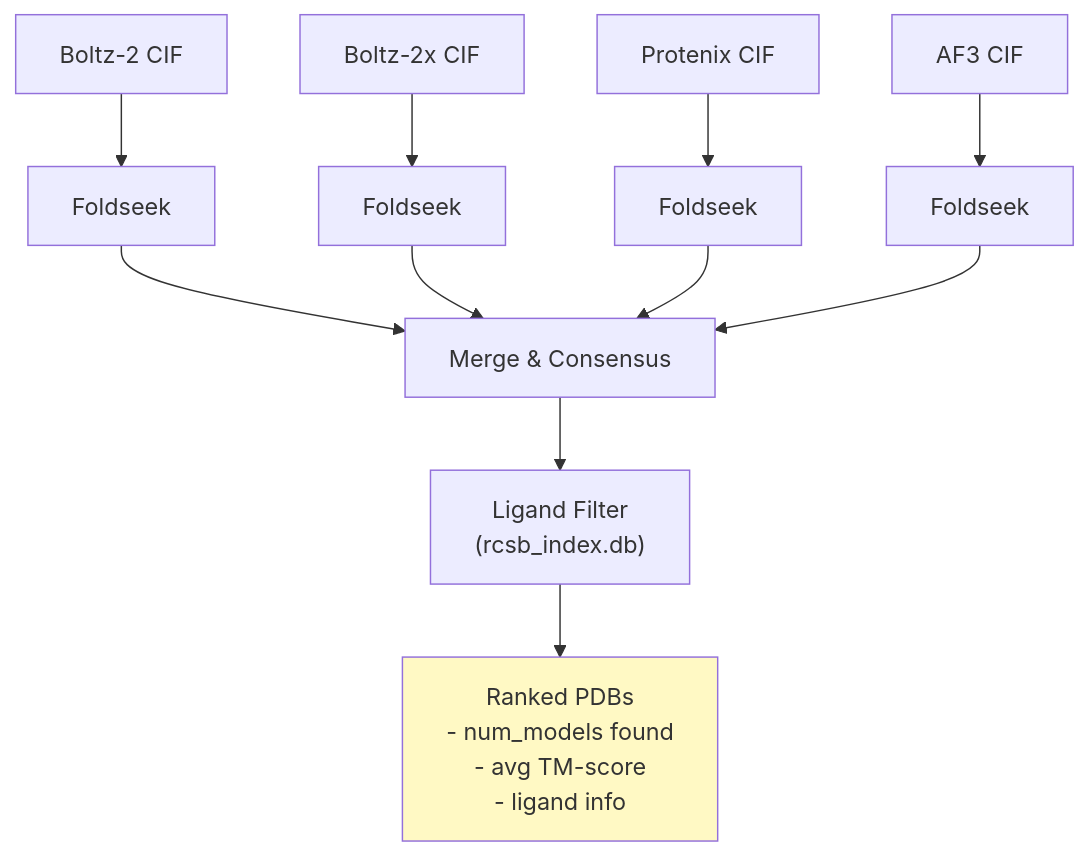
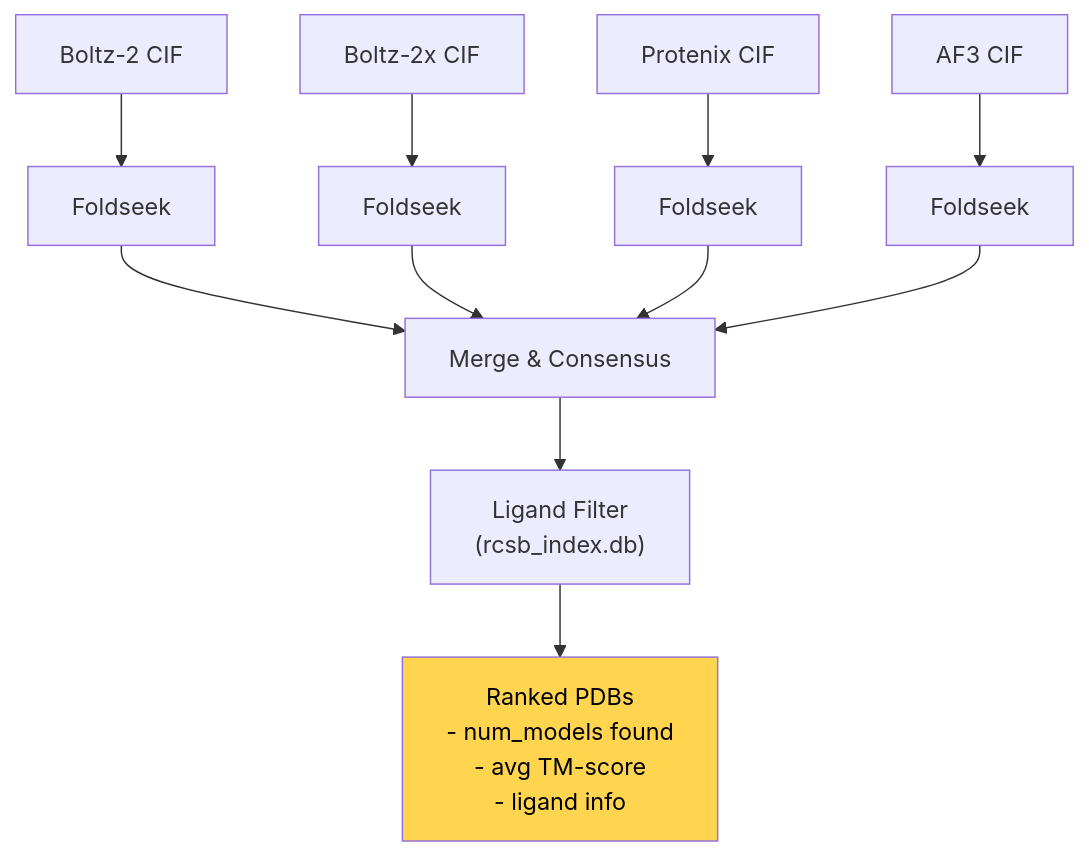
One commit to eightmm/mosaic-pl changed the sixth of 17 diagrams in docs/pipeline.md. Above: the diagram before and after it, drawn with Mermaid. The commit also changed other lines of this file, not shown here.

````diff
--- a/docs/pipeline.md
+++ b/docs/pipeline.md
@@ -177,13 +177,13 @@
 ```mermaid
 flowchart TB
     B2["Boltz-2 CIF"] --> FS1["Foldseek"]
     B2X["Boltz-2x CIF"] --> FS2["Foldseek"]
     PX["Protenix CIF"] --> FS3["Foldseek"]
     AF3["AF3 CIF"] --> FS4["Foldseek"]
 
     FS1 & FS2 & FS3 & FS4 --> MERGE["Merge & Consensus"]
     MERGE --> FILTER["Ligand Filter\n(rcsb_index.db)"]
     FILTER --> RESULT["Ranked PDBs\n- num_models found\n- avg TM-score\n- ligand info"]
 
-    style RESULT fill:#fff9c4
+    style RESULT fill:#ffd54f,color:#000
 ```
````
